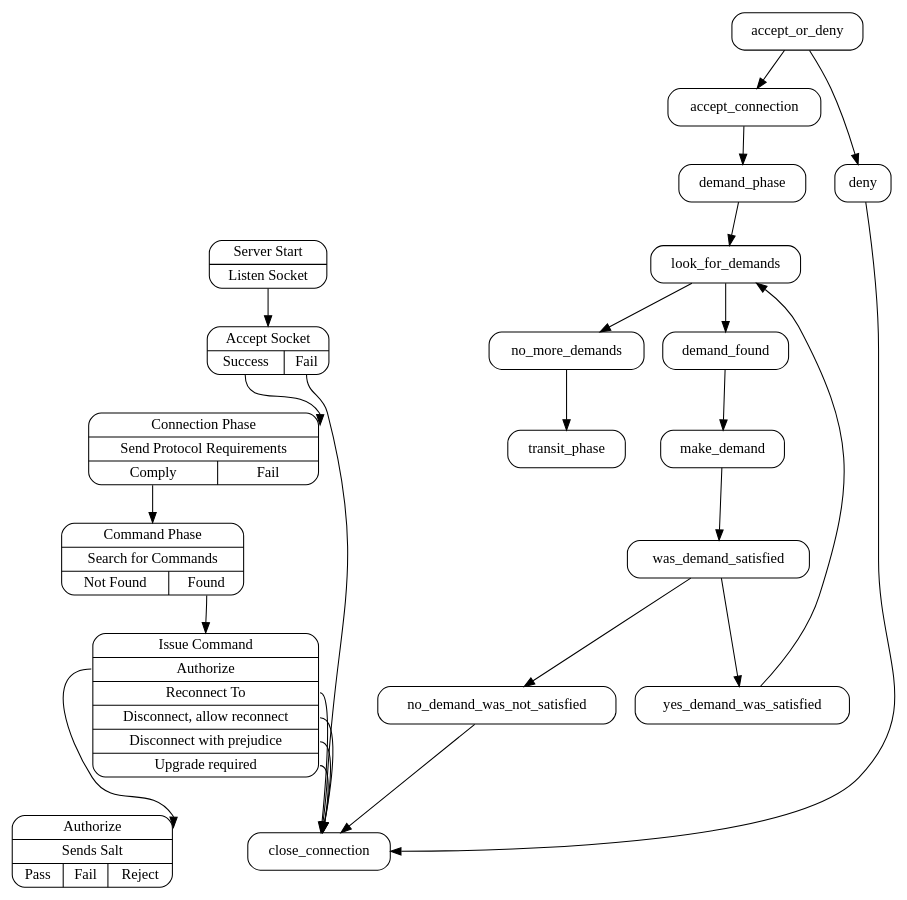
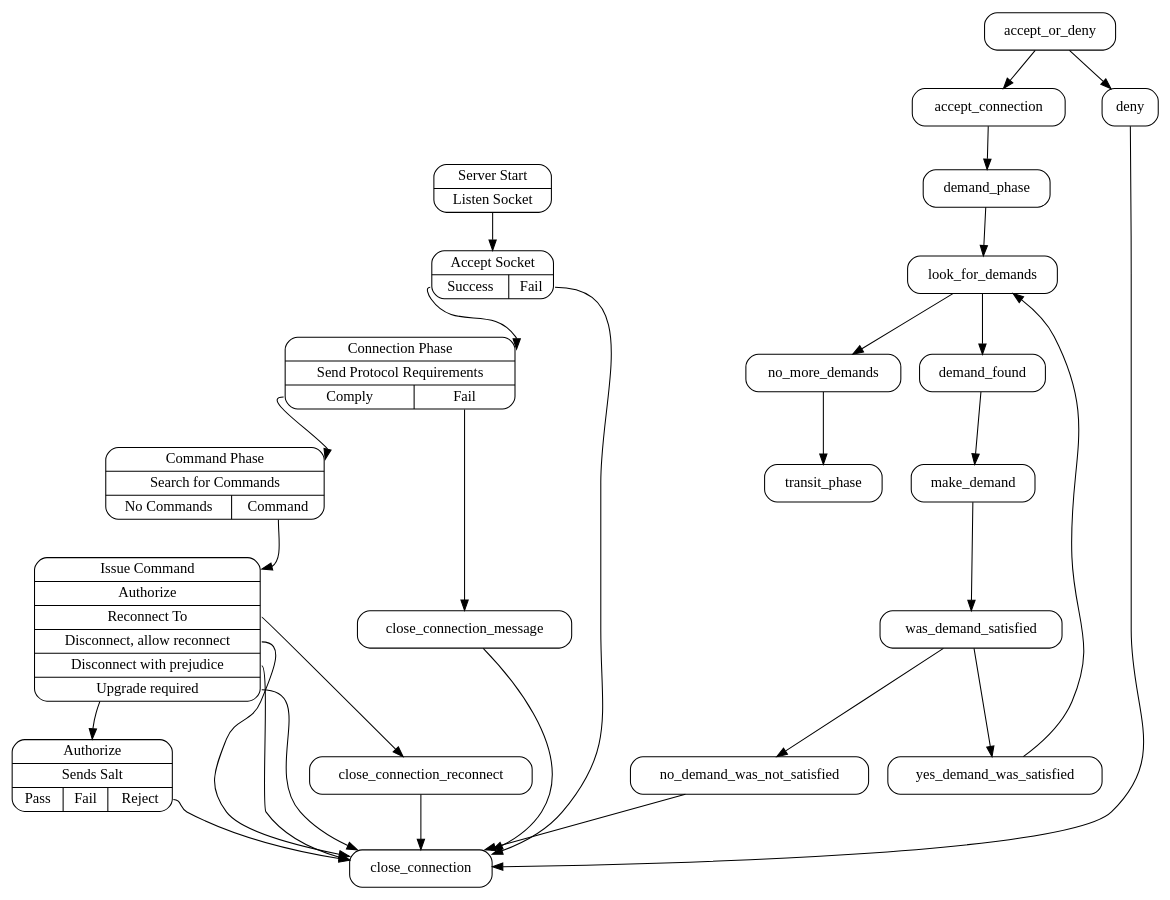
One commit to StoneCypher/scutil.github.com changed the diagram in spec/NBP Diagram.dot. Above: the diagram before and after it, drawn with Graphviz.

Commit message:
More NBP protocol progress <3

```diff
--- a/spec/NBP Diagram.dot
+++ b/spec/NBP Diagram.dot
@@ -1,50 +1,58 @@
 // $Revision$
 
 digraph G {
 
     graph [];
     node  [shape=Mrecord];
     edge  [];
 
-    "server_start"     [label="{Server Start|<f0>Listen Socket}"];
-    "accept_socket"    [label="{<f0>Accept Socket|{<f1>Success|<f2>Fail}}"];
-    "connection_phase" [label="{<f0>Connection Phase|Send Protocol Requirements|{<f1>Comply|<f2>Fail}}"];
-    "command_phase"    [label="{<f0>Command Phase|Search for Commands|{<f1>Not Found|<f2>Found}}"];
-    "issue_command"    [label="{<f0>Issue Command|<f1>Authorize|<f2>Reconnect To|<f3>Disconnect, allow reconnect|<f4>Disconnect with prejudice|<f5>Upgrade required}"];
-    "authorize"        [label="{<f0>Authorize|Sends Salt|{<f1>Pass|<f2>Fail|<f3>Reject}}"]
+    "server_start"     [label="{Server Start|<listensocket>Listen Socket}"];
+    "accept_socket"    [label="{<in>Accept Socket|{<success>Success|<fail>Fail}}"];
+    "connection_phase" [label="{<in>Connection Phase|Send Protocol Requirements|{<comply>Comply|<fail>Fail}}"];
+    "command_phase"    [label="{<in>Command Phase|Search for Commands|{<nocommands>No Commands|<command>Command}}"];
+    "issue_command"    [label="{<in>Issue Command|<auth>Authorize|<reconnectto>Reconnect To|<disconnect>Disconnect, allow reconnect|<disconnectpr>Disconnect with prejudice|<upgrade>Upgrade required}"];
+    "authorize"        [label="{<in>Authorize|Sends Salt|{<pass>Pass|<fail>Fail|<reject>Reject}}"]
 
-    server_start        -> accept_socket:f0    [];
+    server_start:listensocket     -> accept_socket:in               [];
 
-    accept_socket:f1    -> connection_phase:f0 [];
-    accept_socket:f2    -> close_connection    [];
+    accept_socket:success         -> connection_phase:in            [];
+    accept_socket:fail            -> close_connection               [];
 
-    connection_phase:f1 -> command_phase:f0    [];
+    connection_phase:comply       -> command_phase:in               [];
+    connection_phase:fail         -> close_connection_message       [];
 
-    command_phase:f2    -> issue_command:f0    [];
+    close_connection_message      -> close_connection               [];
 
-    issue_command:f1:w  -> authorize:f0        [];
+    command_phase:command         -> issue_command:in               [];
 
-    issue_command:f2:e  -> close_connection    [];
-    issue_command:f3:e  -> close_connection    [];
-    issue_command:f4:e  -> close_connection    [];
-    issue_command:f5:e  -> close_connection    [];
+    issue_command:f1:w            -> authorize:in                   [];
+
+    issue_command:reconnectto:e   -> close_connection_reconnect     [];
+    issue_command:disconnect:e    -> close_connection               [];
+    issue_command:disconnectpr:e  -> close_connection               [];
+    issue_command:upgrade:e       -> close_connection               [];
+
+    close_connection_reconnect    -> close_connection               [];
+
+    authorize:reject              -> close_connection               [];
+
 
     accept_or_deny -> accept_connection -> demand_phase
 
     demand_phase -> look_for_demands -> no_more_demands -> transit_phase
 
     look_for_demands -> demand_found -> make_demand -> was_demand_satisfied
 
     was_demand_satisfied -> no_demand_was_not_satisfied -> close_connection
 
     was_demand_satisfied -> yes_demand_was_satisfied
       yes_demand_was_satisfied -> look_for_demands [constraint=false]
 
 
 
     accept_or_deny -> deny -> close_connection
 
 
 
 
 }
```
